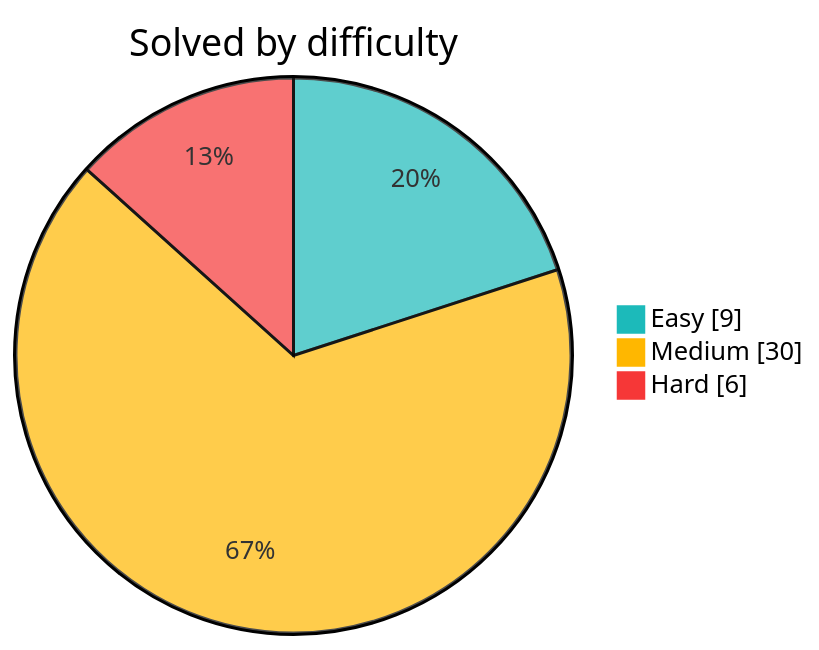
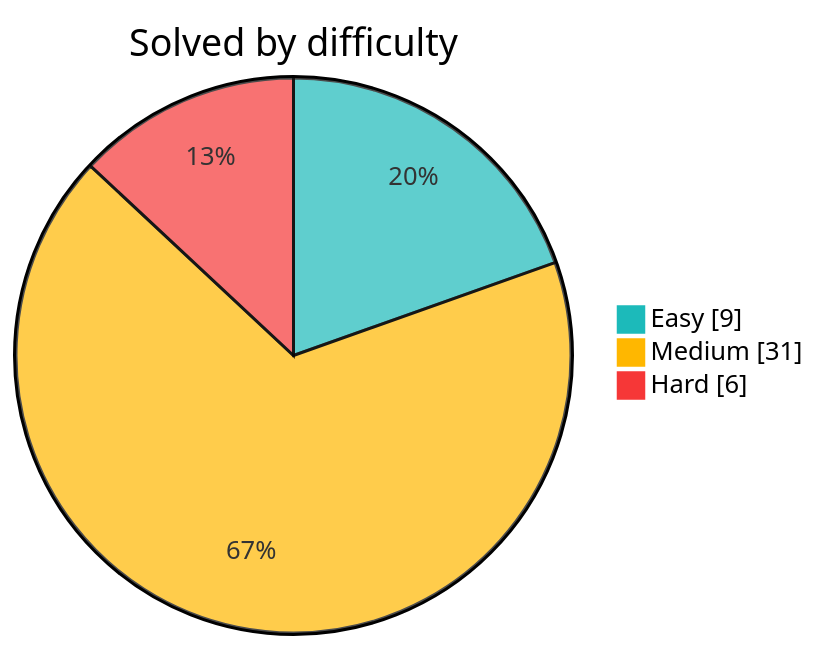
One commit to Sekler09/algorithms changed the diagram in README.md. Above: the diagram before and after it, drawn with Mermaid. The commit also changed other lines of this file and 3 other files, not shown here.

````diff
--- a/README.md
+++ b/README.md
@@ -9,8 +9,8 @@
 ```mermaid
 %%{init: {"themeVariables": {"pie1": "#1cbaba", "pie2": "#ffb700", "pie3": "#f63737"}}}%%
 pie showData
     title Solved by difficulty
     "Easy" : 9
-    "Medium" : 30
+    "Medium" : 31
     "Hard" : 6
 ```
````
